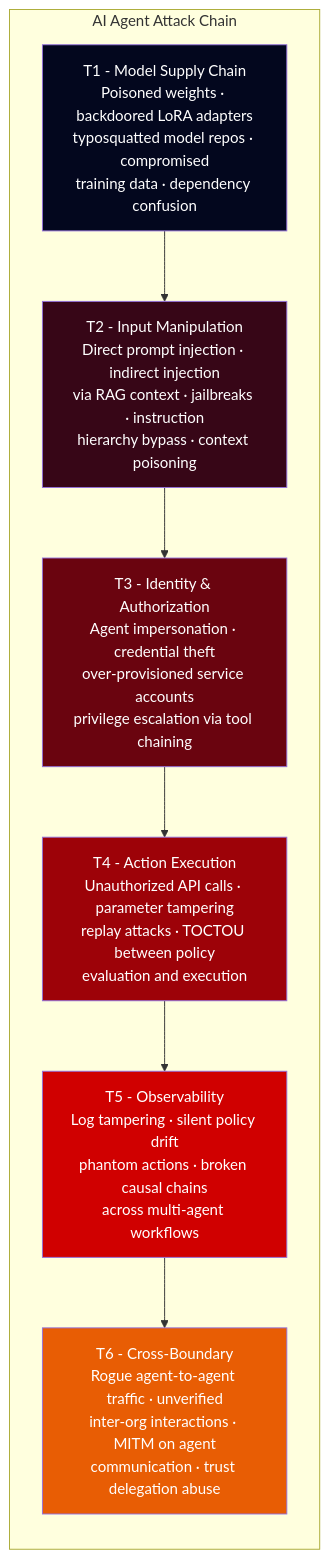
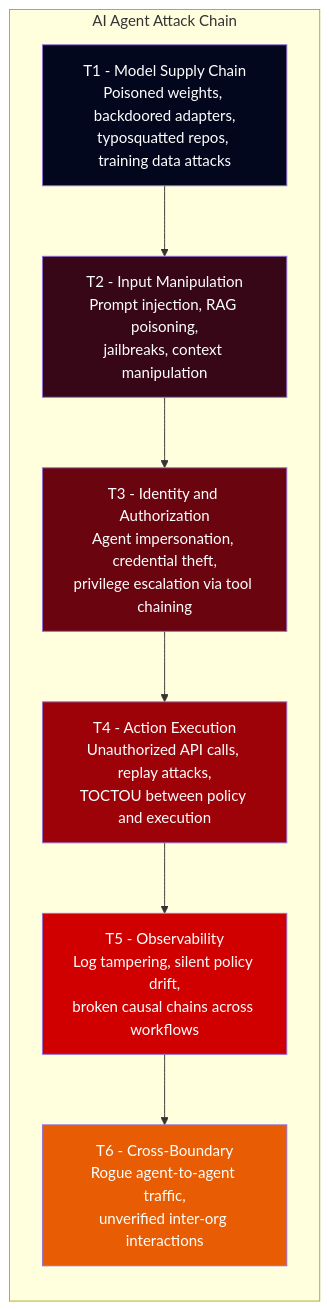
Before and after one commit to kjayashr/cryptographic-trust-layer: the third of 16 diagrams in cryptographic-trust-layer-thesis.md, drawn with Mermaid. The commit also changed other lines of this file, not shown here.

First line of the commit message:
Fix mermaid diagrams and add 10,000ft architecture overview

````diff
--- a/cryptographic-trust-layer-thesis.md
+++ b/cryptographic-trust-layer-thesis.md
@@ -44,21 +96,21 @@
 ```mermaid
 graph TB
     subgraph "AI Agent Attack Chain"
         direction TB
-        T1["T1 - Model Supply Chain\nPoisoned weights · backdoored LoRA adapters\ntyposquatted model repos · compromised\ntraining data · dependency confusion"]
-        T2["T2 - Input Manipulation\nDirect prompt injection · indirect injection\nvia RAG context · jailbreaks · instruction\nhierarchy bypass · context poisoning"]
-        T3["T3 - Identity & Authorization\nAgent impersonation · credential theft\nover-provisioned service accounts\nprivilege escalation via tool chaining"]
-        T4["T4 - Action Execution\nUnauthorized API calls · parameter tampering\nreplay attacks · TOCTOU between policy\nevaluation and execution"]
-        T5["T5 - Observability\nLog tampering · silent policy drift\nphantom actions · broken causal chains\nacross multi-agent workflows"]
-        T6["T6 - Cross-Boundary\nRogue agent-to-agent traffic · unverified\ninter-org interactions · MITM on agent\ncommunication · trust delegation abuse"]
+        T1["T1 - Model Supply Chain<br/>Poisoned weights, backdoored adapters,<br/>typosquatted repos, training data attacks"]
+        T2["T2 - Input Manipulation<br/>Prompt injection, RAG poisoning,<br/>jailbreaks, context manipulation"]
+        T3["T3 - Identity and Authorization<br/>Agent impersonation, credential theft,<br/>privilege escalation via tool chaining"]
+        T4["T4 - Action Execution<br/>Unauthorized API calls, replay attacks,<br/>TOCTOU between policy and execution"]
+        T5["T5 - Observability<br/>Log tampering, silent policy drift,<br/>broken causal chains across workflows"]
+        T6["T6 - Cross-Boundary<br/>Rogue agent-to-agent traffic,<br/>unverified inter-org interactions"]
     end
 
     T1 --> T2 --> T3 --> T4 --> T5 --> T6
 
     style T1 fill:#03071e,color:#fff
     style T2 fill:#370617,color:#fff
     style T3 fill:#6a040f,color:#fff
     style T4 fill:#9d0208,color:#fff
     style T5 fill:#d00000,color:#fff
     style T6 fill:#e85d04,color:#fff
 ```
````
